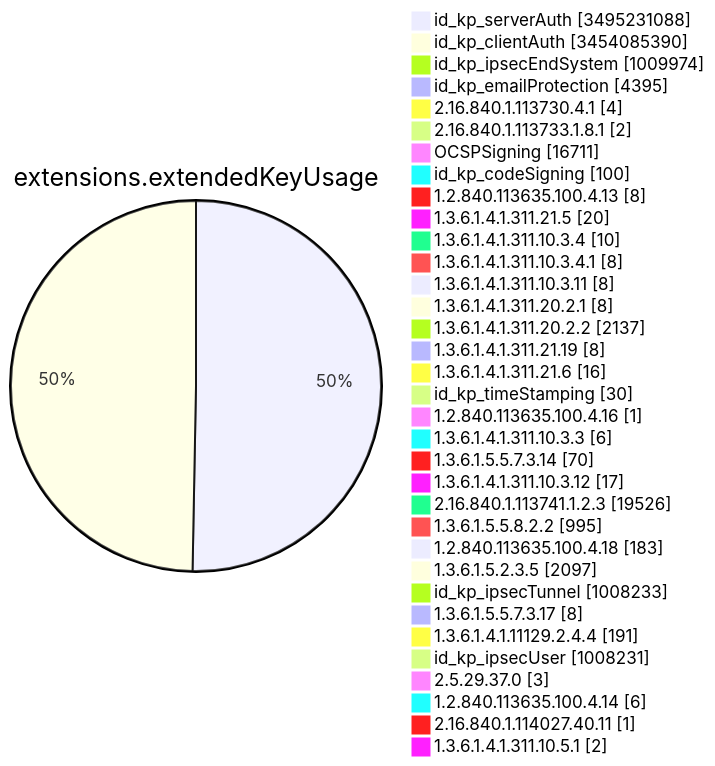
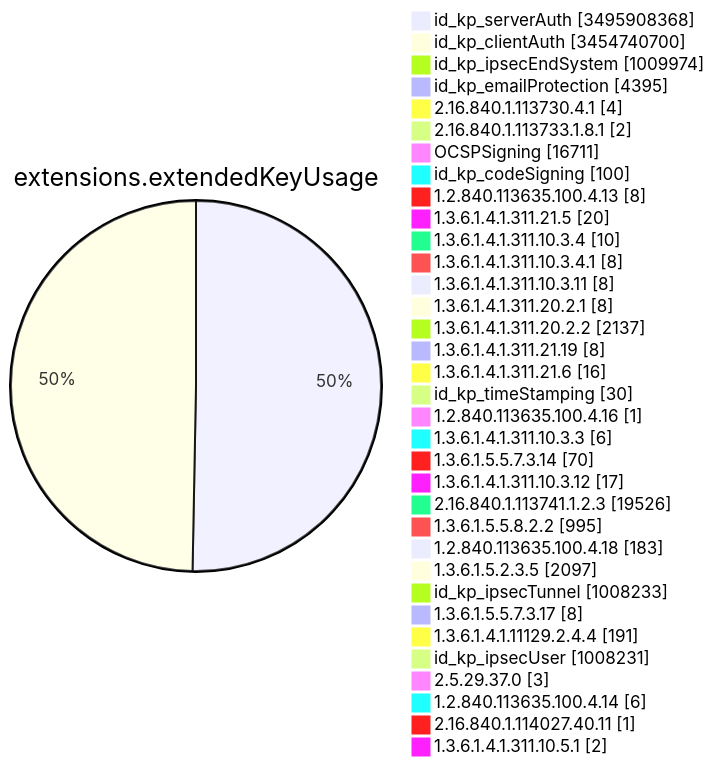
Diagram 11 of 15 in TOTAL/README.md (christiankrug/ctmonitor_visualization), drawn with Mermaid before and after one commit. The commit also changed other lines of this file, not shown here.

````diff
--- a/TOTAL/README.md
+++ b/TOTAL/README.md
@@ -4124,38 +4124,38 @@
 ```mermaid
 pie showData
 title extensions.extendedKeyUsage
-"id_kp_serverAuth" :3495231088
-"id_kp_clientAuth" :3454085390
+"id_kp_serverAuth" :3495908368
+"id_kp_clientAuth" :3454740700
 "id_kp_ipsecEndSystem" :1009974
 "id_kp_emailProtection" :4395
 "2.16.840.1.113730.4.1" :4
 "2.16.840.1.113733.1.8.1" :2
 "OCSPSigning" :16711
 "id_kp_codeSigning" :100
 "1.2.840.113635.100.4.13" :8
 "1.3.6.1.4.1.311.21.5" :20
 "1.3.6.1.4.1.311.10.3.4" :10
 "1.3.6.1.4.1.311.10.3.4.1" :8
 "1.3.6.1.4.1.311.10.3.11" :8
 "1.3.6.1.4.1.311.20.2.1" :8
 "1.3.6.1.4.1.311.20.2.2" :2137
 "1.3.6.1.4.1.311.21.19" :8
 "1.3.6.1.4.1.311.21.6" :16
 "id_kp_timeStamping" :30
 "1.2.840.113635.100.4.16" :1
 "1.3.6.1.4.1.311.10.3.3" :6
 "1.3.6.1.5.5.7.3.14" :70
 "1.3.6.1.4.1.311.10.3.12" :17
 "2.16.840.1.113741.1.2.3" :19526
 "1.3.6.1.5.5.8.2.2" :995
 "1.2.840.113635.100.4.18" :183
 "1.3.6.1.5.2.3.5" :2097
 "id_kp_ipsecTunnel" :1008233
 "1.3.6.1.5.5.7.3.17" :8
 "1.3.6.1.4.1.11129.2.4.4" :191
 "id_kp_ipsecUser" :1008231
 "2.5.29.37.0" :3
 "1.2.840.113635.100.4.14" :6
 "2.16.840.1.114027.40.11" :1
 "1.3.6.1.4.1.311.10.5.1" :2
 ```
````
